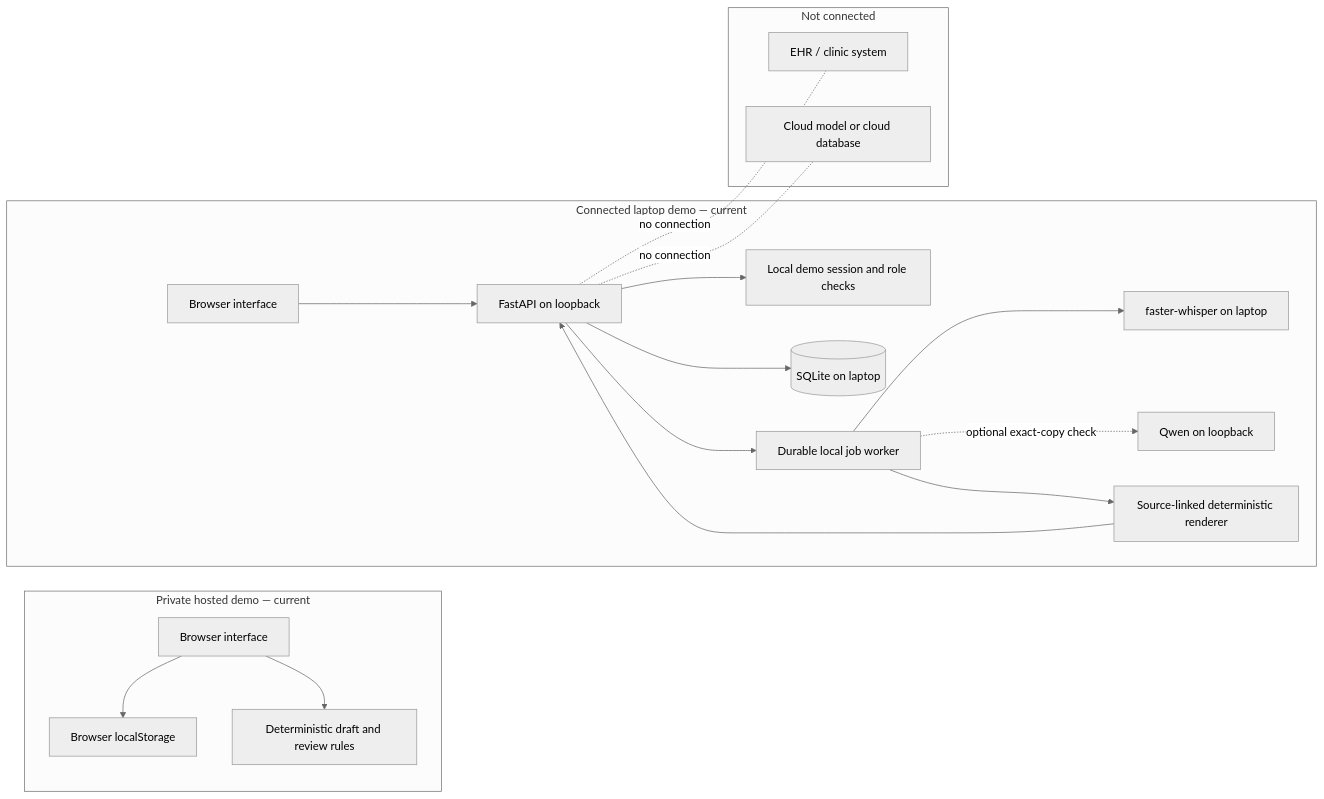
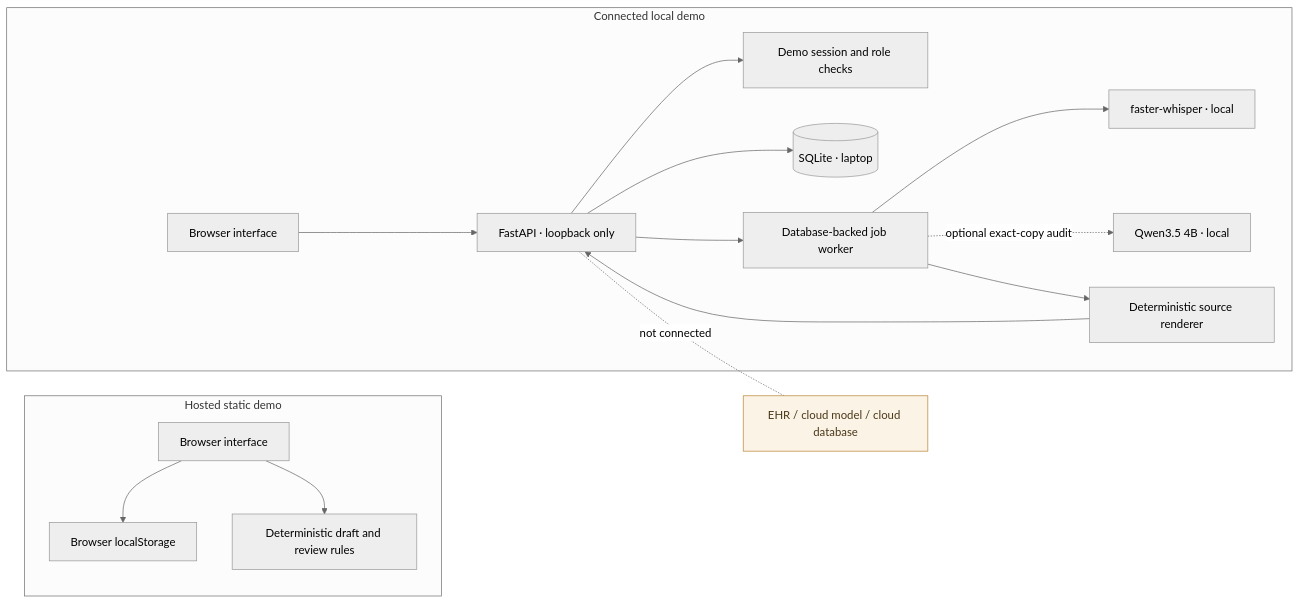
Before and after one commit to Yash3561/clinicnote-studio: the first of 2 diagrams in README.md, drawn with Mermaid (neutral theme). The commit also changed other lines of this file and 4 other files, not shown here.

````diff
--- a/README.md
+++ b/README.md
@@ -159,23 +25,20 @@
 ```mermaid
 flowchart LR
-  subgraph Hosted[Private hosted demo — current]
-    HUI[Browser interface] --> HSTATE[Browser localStorage]
-    HUI --> HRULES[Deterministic draft and review rules]
+  subgraph Hosted[Hosted static demo]
+    Browser[Browser interface] --> LocalStore[Browser localStorage]
+    Browser --> Rules[Deterministic draft and review rules]
   end
-  subgraph Laptop[Connected laptop demo — current]
-    UI[Browser interface] --> API[FastAPI on loopback]
-    API --> AUTH[Local demo session and role checks]
-    API --> DB[(SQLite on laptop)]
-    API --> JOB[Durable local job worker]
-    JOB --> STT[faster-whisper on laptop]
-    JOB -. optional exact-copy check .-> MODEL[Qwen on loopback]
-    JOB --> RULES[Source-linked deterministic renderer]
-    RULES --> API
+  subgraph Local[Connected local demo]
+    UI[Browser interface] --> API[FastAPI · loopback only]
+    API --> Session[Demo session and role checks]
+    API --> DB[(SQLite · laptop)]
+    API --> Jobs[Database-backed job worker]
+    Jobs --> STT[faster-whisper · local]
+    Jobs -. optional exact-copy audit .-> Qwen[Qwen3.5 4B · local]
+    Jobs --> Renderer[Deterministic source renderer]
+    Renderer --> API
   end
-  subgraph External[Not connected]
-    EHR[EHR / clinic system]
-    CLOUD[Cloud model or cloud database]
-  end
-  API -. no connection .- EHR
-  API -. no connection .- CLOUD
+  External[EHR / cloud model / cloud database]:::planned
+  API -. not connected .- External
+  classDef planned fill:#fbf3e6,stroke:#b98738,color:#493817
 ```
````
